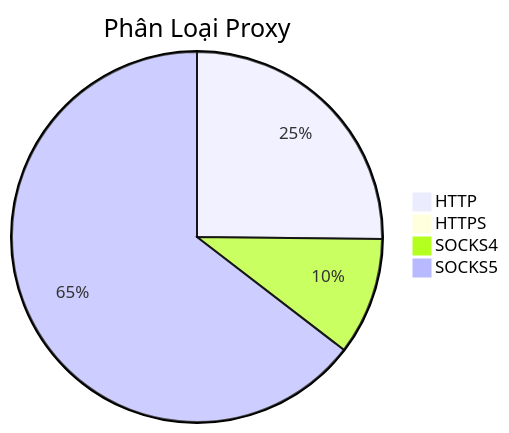
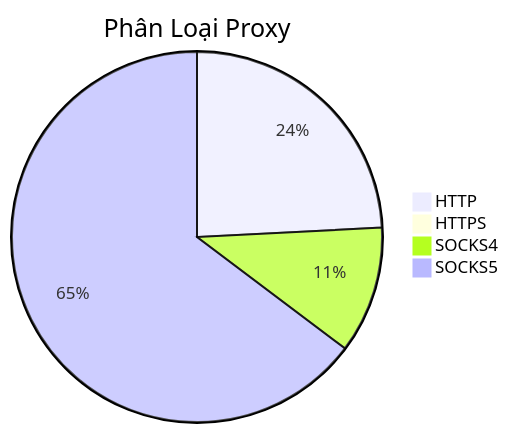
The diagram in README.md (Ciara-Aa/PROXY-free), drawn with Mermaid before and after one commit. The commit also changed other lines of this file and 4 other files, not shown here.

````diff
--- a/README.md
+++ b/README.md
@@ -26,7 +26,7 @@
 ```mermaid
 pie title Phân Loại Proxy
-    "HTTP" : 464
-    "HTTPS" : 1
-    "SOCKS4" : 189
-    "SOCKS5" : 1190
+    "HTTP" : 395
+    "HTTPS" : 0
+    "SOCKS4" : 181
+    "SOCKS5" : 1057
 ```
````
